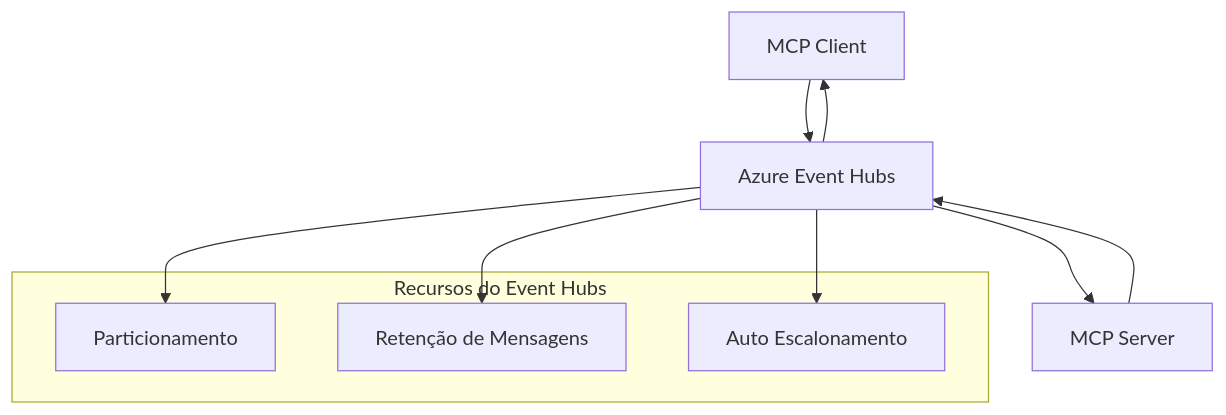
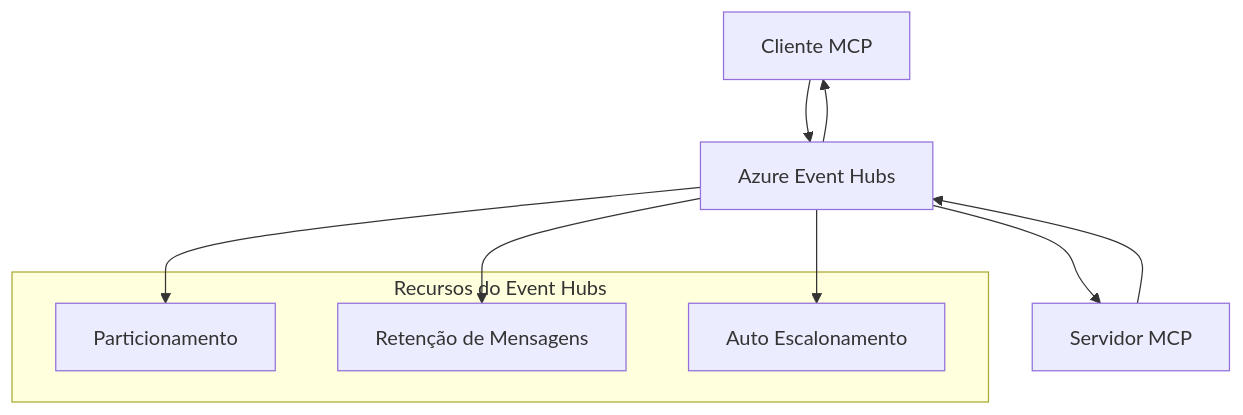
The second of 2 diagrams in mcp_ecosystem__model_context_protocol/mcp_learning_resources/mcp-for-beginners/translations/pt-BR/05-AdvancedTopics/mcp-transport/README.md (HIDORAKAI002/ai-workspace-archive), drawn with Mermaid before and after one commit. The commit also changed other lines of this file and 1046 other files, not shown here.

````diff
--- a/mcp_ecosystem__model_context_protocol/mcp_learning_resources/mcp-for-beginners/translations/pt-BR/05-AdvancedTopics/mcp-transport/README.md
+++ b/mcp_ecosystem__model_context_protocol/mcp_learning_resources/mcp-for-beginners/translations/pt-BR/05-AdvancedTopics/mcp-transport/README.md
@@ -270,17 +272,17 @@
 ```mermaid
 graph TB
-    Client[MCP Client] --> EH[Azure Event Hubs]
-    EH --> Server[MCP Server]
+    Client[Cliente MCP] --> EH[Azure Event Hubs]
+    EH --> Server[Servidor MCP]
     Server --> EH
     EH --> Client
     
     subgraph "Recursos do Event Hubs"
         Partition[Particionamento]
         Retention[Retenção de Mensagens]
         Scaling[Auto Escalonamento]
     end
     
     EH --> Partition
     EH --> Retention
     EH --> Scaling
 ```
````
